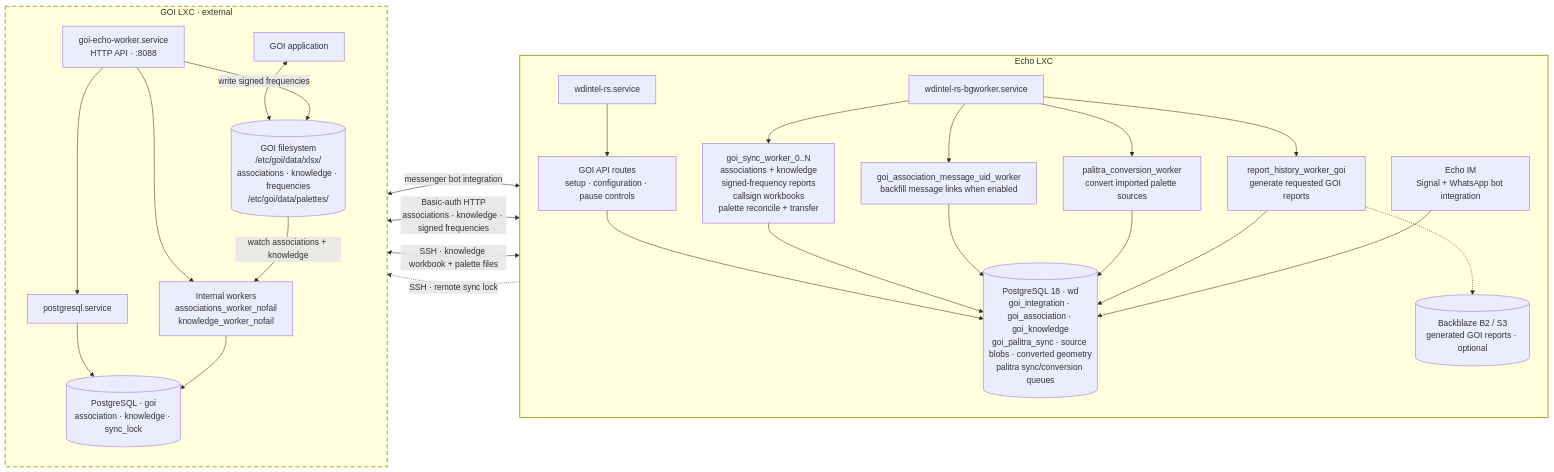
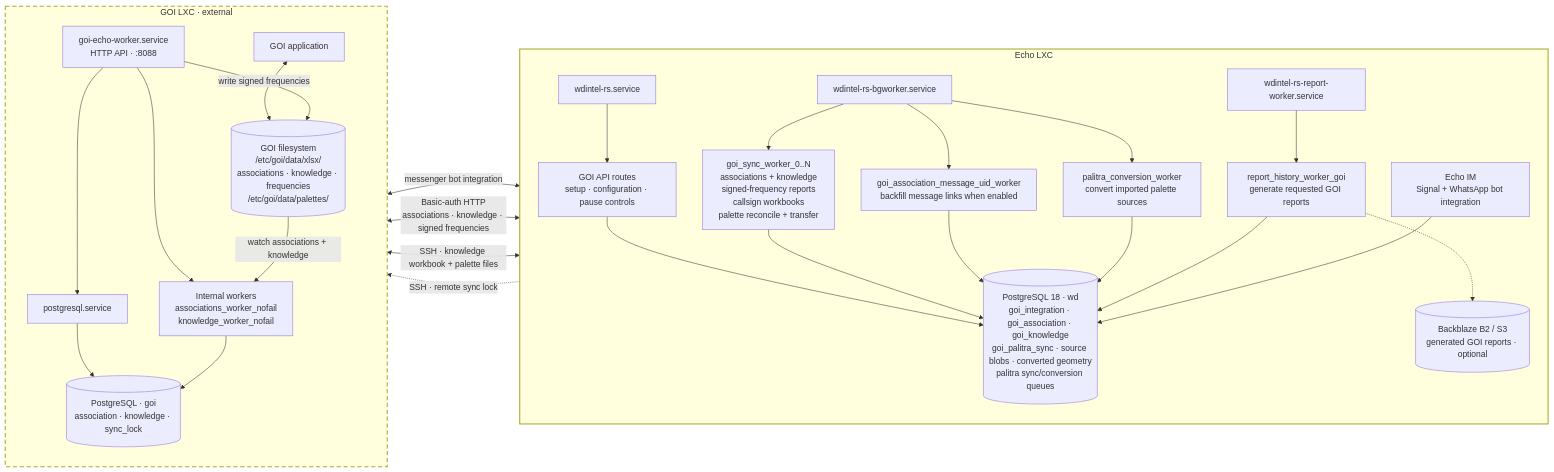
Before and after one commit to murczyk/echo: the fourth of 5 diagrams in docs/README.md, drawn with Mermaid. The commit also changed other lines of this file and 12 other files, not shown here.

````diff
--- a/docs/README.md
+++ b/docs/README.md
@@ -245,58 +255,59 @@
 ```mermaid
 flowchart LR
     subgraph echo_lxc["Echo LXC"]
         direction TB
         api["wdintel-rs.service"]
         bg["wdintel-rs-bgworker.service"]
+        reports["wdintel-rs-report-worker.service"]
 
         routes["GOI API routes<br/>setup · configuration · pause controls"]
         sync["goi_sync_worker_0..N<br/>associations + knowledge<br/>signed-frequency reports<br/>callsign workbooks<br/>palette reconcile + transfer"]
         message_uid["goi_association_message_uid_worker<br/>backfill message links when enabled"]
         conversion["palitra_conversion_worker<br/>convert imported palette sources"]
         report["report_history_worker_goi<br/>generate requested GOI reports"]
         echo_im["Echo IM<br/>Signal + WhatsApp bot integration"]
 
         echo_pg[("PostgreSQL 18 · wd<br/>goi_integration · goi_association · goi_knowledge<br/>goi_palitra_sync · source blobs · converted geometry<br/>palitra sync/conversion queues")]
         report_store[("Backblaze B2 / S3<br/>generated GOI reports · optional")]
 
         api --> routes
         bg --> sync
         bg --> message_uid
         bg --> conversion
-        bg --> report
+        reports --> report
 
         routes --> echo_pg
         sync --> echo_pg
         message_uid --> echo_pg
         conversion --> echo_pg
         report --> echo_pg
         report -.-> report_store
         echo_im --> echo_pg
     end
 
     subgraph goi_lxc["GOI LXC · external"]
         direction TB
         goi_app["GOI application"]
         goi_worker["goi-echo-worker.service<br/>HTTP API · :8088"]
         goi_watchers["Internal workers<br/>associations_worker_nofail<br/>knowledge_worker_nofail"]
         goi_postgres["postgresql.service"]
         goi_pg[("PostgreSQL · goi<br/>association · knowledge · sync_lock")]
         goi_files[("GOI filesystem<br/>/etc/goi/data/xlsx/<br/>associations · knowledge · frequencies<br/>/etc/goi/data/palettes/")]
 
         goi_app <--> goi_files
         goi_worker --> goi_watchers
         goi_worker --> goi_postgres
         goi_postgres --> goi_pg
         goi_watchers --> goi_pg
         goi_files -->|watch associations + knowledge| goi_watchers
         goi_worker -->|write signed frequencies| goi_files
     end
 
     sync <-->|Basic-auth HTTP<br/>associations · knowledge · signed frequencies| goi_worker
     sync <-->|SSH · knowledge workbook + palette files| goi_files
     sync -.->|SSH · remote sync lock| goi_pg
     goi_app <-->|messenger bot integration| echo_im
 
     style echo_lxc stroke-width:2px
     style goi_lxc stroke-width:2px,stroke-dasharray:8 5
 ```
````
